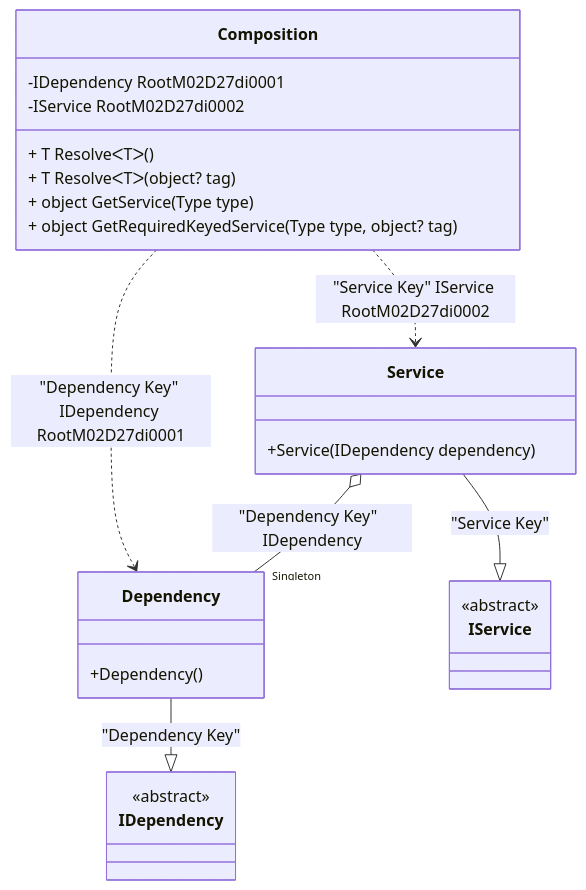
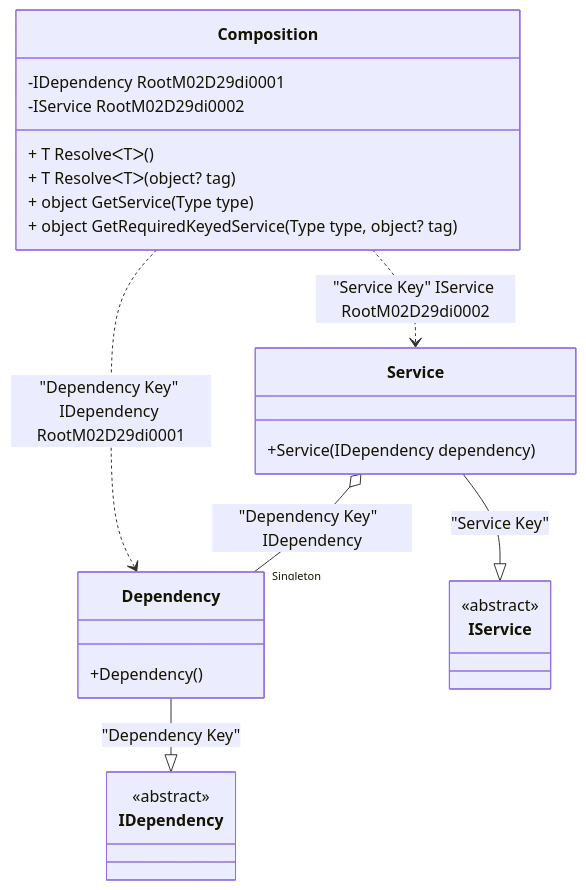
Before and after one commit to DevTeam/Pure.DI: the diagram in readme/keyed-service-provider.md, drawn with Mermaid. The commit also changed other lines of this file and 68 other files, not shown here.

````diff
--- a/readme/keyed-service-provider.md
+++ b/readme/keyed-service-provider.md
@@ -50,28 +50,28 @@
 ```mermaid
 classDiagram
   class Composition {
-    -IDependency RootM02D27di0001
-    -IService RootM02D27di0002
+    -IDependency RootM02D29di0001
+    -IService RootM02D29di0002
     + T ResolveᐸTᐳ()
     + T ResolveᐸTᐳ(object? tag)
     + object GetService(Type type)
     + object GetRequiredKeyedService(Type type, object? tag)
   }
   Dependency --|> IDependency : "Dependency Key" 
   class Dependency {
     +Dependency()
   }
   Service --|> IService : "Service Key" 
   class Service {
     +Service(IDependency dependency)
   }
   class IDependency {
     <<abstract>>
   }
   class IService {
     <<abstract>>
   }
   Service o--  "Singleton" Dependency : "Dependency Key"  IDependency
-  Composition ..> Dependency : "Dependency Key" IDependency RootM02D27di0001
-  Composition ..> Service : "Service Key" IService RootM02D27di0002
+  Composition ..> Dependency : "Dependency Key" IDependency RootM02D29di0001
+  Composition ..> Service : "Service Key" IService RootM02D29di0002
 ```
````
